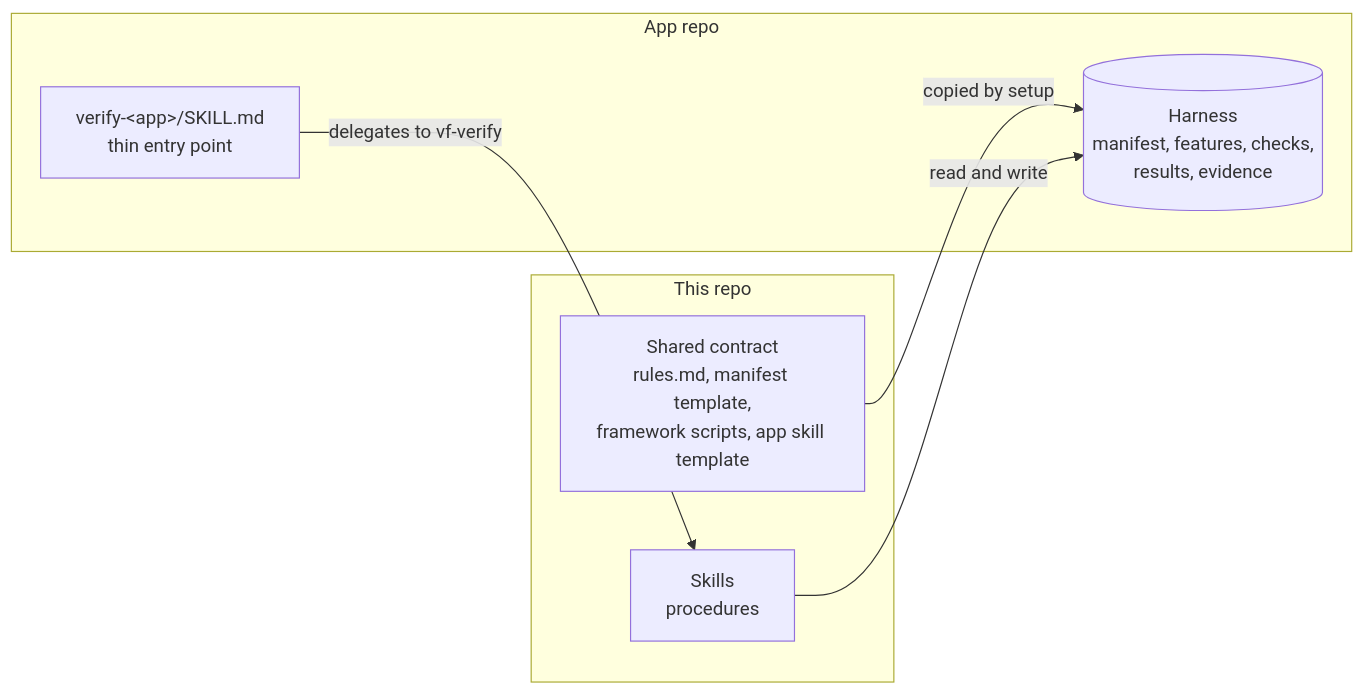
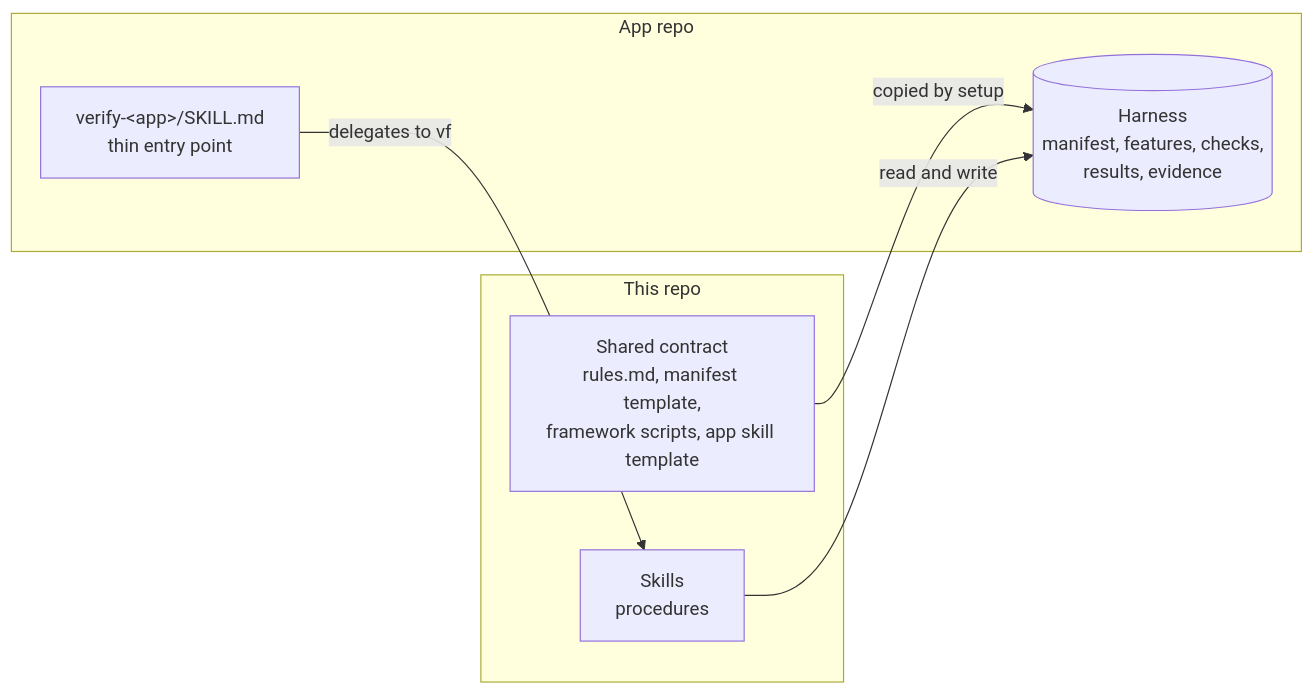
Before and after one commit to kennymatsudo/verification-framework: the first of 2 diagrams in docs/architecture.md, drawn with Mermaid. The commit also changed other lines of this file and 57 other files, not shown here.

````diff
--- a/docs/architecture.md
+++ b/docs/architecture.md
@@ -9,14 +9,14 @@
 ```mermaid
 flowchart LR
   subgraph framework[This repo]
     skills[Skills<br/>procedures]
     contract[Shared contract<br/>rules.md, manifest template,<br/>framework scripts, app skill template]
   end
   subgraph app[App repo]
     entry[verify-&lt;app&gt;/SKILL.md<br/>thin entry point]
     harness[(Harness<br/>manifest, features, checks,<br/>results, evidence)]
   end
   contract -->|copied by setup| harness
   skills -->|read and write| harness
-  entry -->|delegates to vf-verify| skills
+  entry -->|delegates to vf| skills
 ```
````
